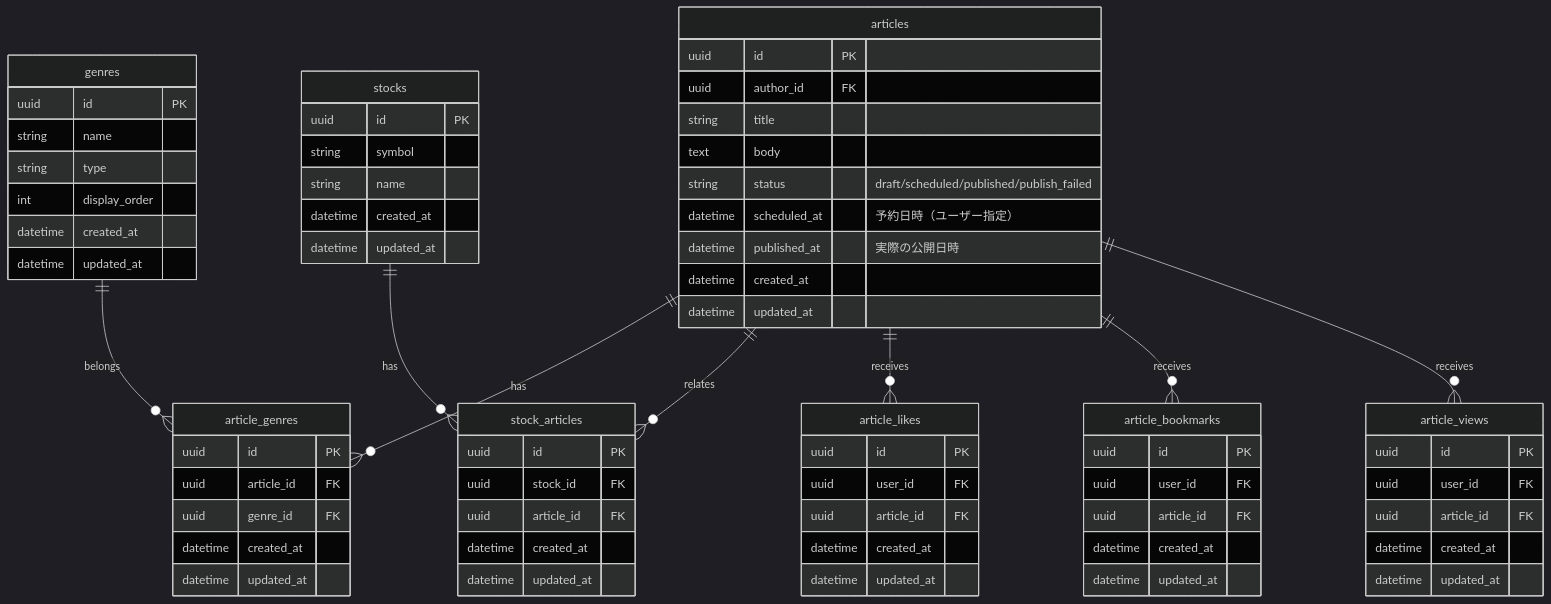
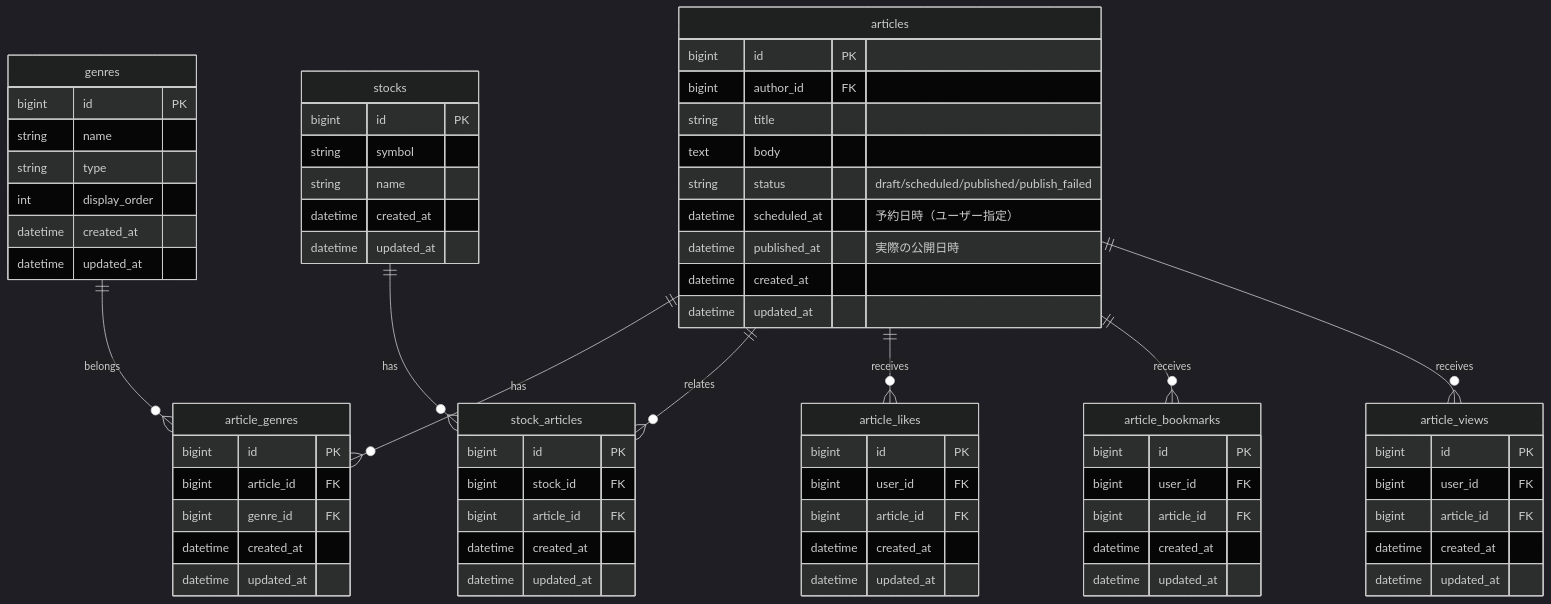
The first of 3 diagrams in docs/functions/article/detail.md (RRRRRRR-777/SikouLab), drawn with Mermaid (dark theme) before and after one commit. The commit also changed 19 other files, not shown here.

````diff
--- a/docs/functions/article/detail.md
+++ b/docs/functions/article/detail.md
@@ -73,80 +73,80 @@
 ```mermaid
 erDiagram
     %% 正: docs/versions/1_0_0/data-model.md
     articles ||--o{ article_genres : "has"
     genres ||--o{ article_genres : "belongs"
     articles ||--o{ stock_articles : "relates"
     stocks ||--o{ stock_articles : "has"
     articles ||--o{ article_likes : "receives"
     articles ||--o{ article_bookmarks : "receives"
     articles ||--o{ article_views : "receives"
 
     articles {
-        uuid id PK
-        uuid author_id FK
+        bigint id PK
+        bigint author_id FK
         string title
         text body
         string status "draft/scheduled/published/publish_failed"
         datetime scheduled_at "予約日時（ユーザー指定）"
         datetime published_at "実際の公開日時"
         datetime created_at
         datetime updated_at
     }
 
     article_genres {
-        uuid id PK
-        uuid article_id FK
-        uuid genre_id FK
+        bigint id PK
+        bigint article_id FK
+        bigint genre_id FK
         datetime created_at
         datetime updated_at
     }
 
     genres {
-        uuid id PK
+        bigint id PK
         string name
         string type
         int display_order
         datetime created_at
         datetime updated_at
     }
 
     stock_articles {
-        uuid id PK
-        uuid stock_id FK
-        uuid article_id FK
+        bigint id PK
+        bigint stock_id FK
+        bigint article_id FK
         datetime created_at
         datetime updated_at
     }
 
     stocks {
-        uuid id PK
+        bigint id PK
         string symbol
         string name
         datetime created_at
         datetime updated_at
     }
 
     article_likes {
-        uuid id PK
-        uuid user_id FK
-        uuid article_id FK
+        bigint id PK
+        bigint user_id FK
+        bigint article_id FK
         datetime created_at
         datetime updated_at
     }
 
     article_bookmarks {
-        uuid id PK
-        uuid user_id FK
-        uuid article_id FK
+        bigint id PK
+        bigint user_id FK
+        bigint article_id FK
         datetime created_at
         datetime updated_at
     }
 
     article_views {
-        uuid id PK
-        uuid user_id FK
-        uuid article_id FK
+        bigint id PK
+        bigint user_id FK
+        bigint article_id FK
         datetime created_at
         datetime updated_at
     }
 ```
````
